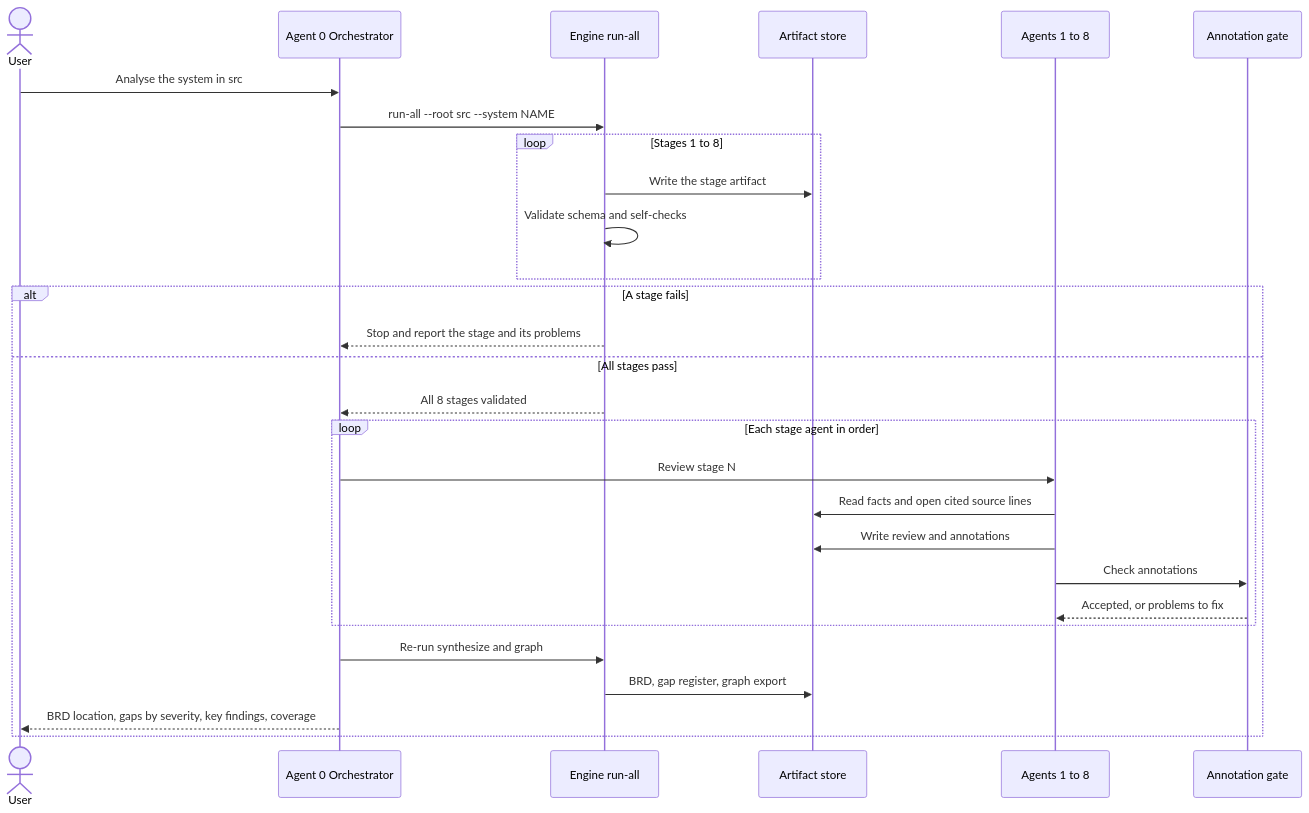
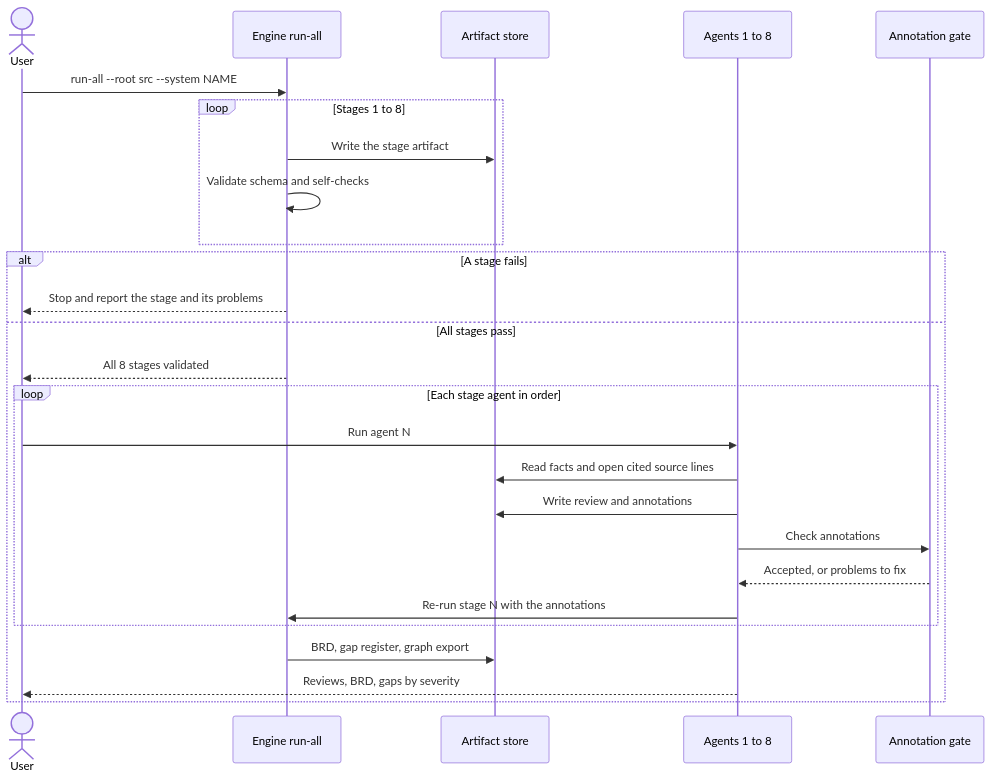
One commit to vighnasreevara/COBOL-Reverse-Engineering-Harness changed the fifth of 17 diagrams in README.md. Above: the diagram before and after it, drawn with Mermaid. The commit also changed other lines of this file and 3 other files, not shown here.

First line of the commit message:
Remove the pipeline orchestrator agent

````diff
--- a/README.md
+++ b/README.md
@@ -315,30 +312,28 @@
 ```mermaid
 sequenceDiagram
     actor User
-    participant Orch as Agent 0 Orchestrator
     participant Eng as Engine run-all
     participant Store as Artifact store
     participant Agents as Agents 1 to 8
     participant Gate as Annotation gate
-    User->>Orch: Analyse the system in src
-    Orch->>Eng: run-all --root src --system NAME
+    User->>Eng: run-all --root src --system NAME
     loop Stages 1 to 8
         Eng->>Store: Write the stage artifact
         Eng->>Eng: Validate schema and self-checks
     end
     alt A stage fails
-        Eng-->>Orch: Stop and report the stage and its problems
+        Eng-->>User: Stop and report the stage and its problems
     else All stages pass
-        Eng-->>Orch: All 8 stages validated
+        Eng-->>User: All 8 stages validated
         loop Each stage agent in order
-            Orch->>Agents: Review stage N
+            User->>Agents: Run agent N
             Agents->>Store: Read facts and open cited source lines
             Agents->>Store: Write review and annotations
             Agents->>Gate: Check annotations
             Gate-->>Agents: Accepted, or problems to fix
+            Agents->>Eng: Re-run stage N with the annotations
         end
-        Orch->>Eng: Re-run synthesize and graph
         Eng->>Store: BRD, gap register, graph export
-        Orch-->>User: BRD location, gaps by severity, key findings, coverage
+        Agents-->>User: Reviews, BRD, gaps by severity
     end
 ```
````
